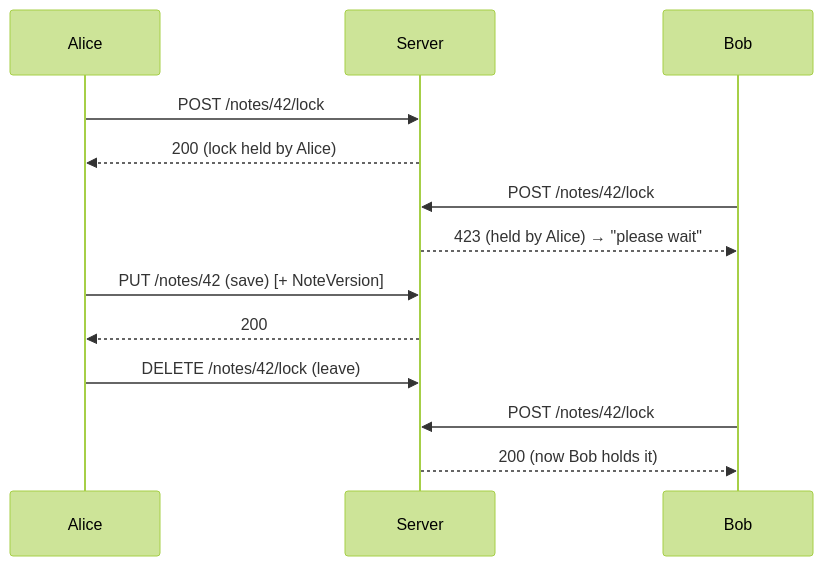
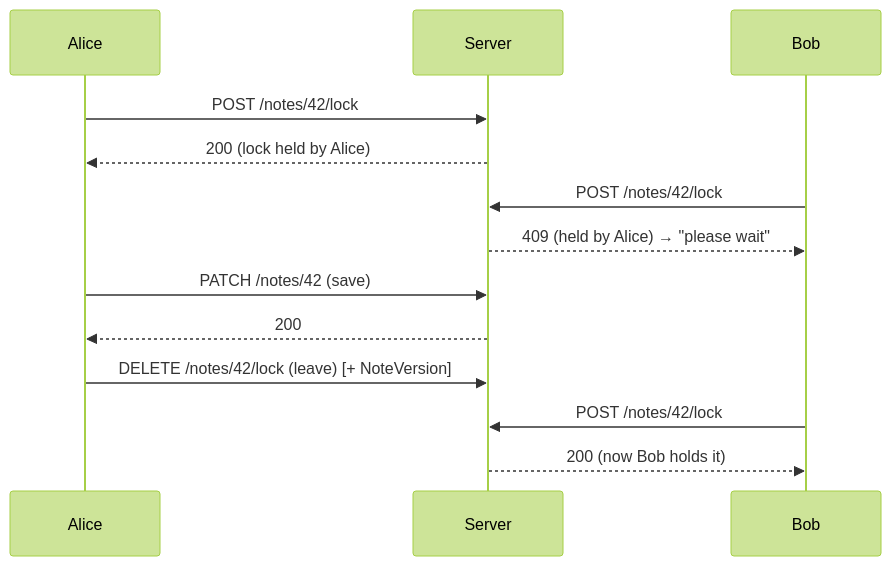
The fourth of 4 diagrams in docs/ARCHITECTURE.md (OuApps/Keepou), drawn with Mermaid (forest theme) before and after one commit. The commit also changed other lines of this file and 1 other file, not shown here.

First line of the commit message:
docs: reconcile PRD & ARCHITECTURE with the decoupled stack and design

````diff
--- a/docs/ARCHITECTURE.md
+++ b/docs/ARCHITECTURE.md
@@ -188,15 +201,15 @@
 ```mermaid
 sequenceDiagram
     participant A as Alice
     participant S as Server
     participant B as Bob
     A->>S: POST /notes/42/lock
     S-->>A: 200 (lock held by Alice)
     B->>S: POST /notes/42/lock
-    S-->>B: 423 (held by Alice) → "please wait"
-    A->>S: PUT /notes/42 (save)  [+ NoteVersion]
+    S-->>B: 409 (held by Alice) → "please wait"
+    A->>S: PATCH /notes/42 (save)
     S-->>A: 200
-    A->>S: DELETE /notes/42/lock (leave)
+    A->>S: DELETE /notes/42/lock (leave) [+ NoteVersion]
     B->>S: POST /notes/42/lock
     S-->>B: 200 (now Bob holds it)
 ```
````
